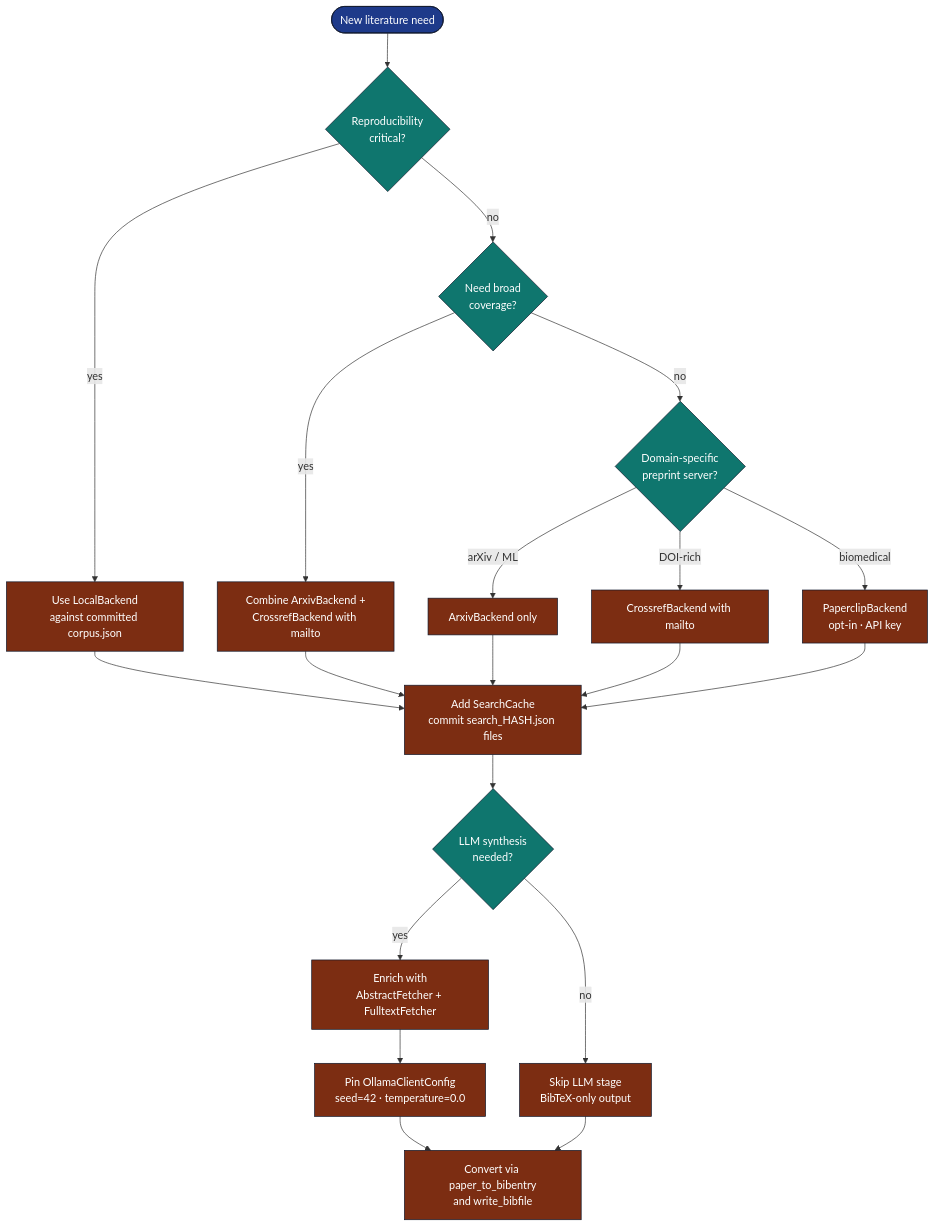
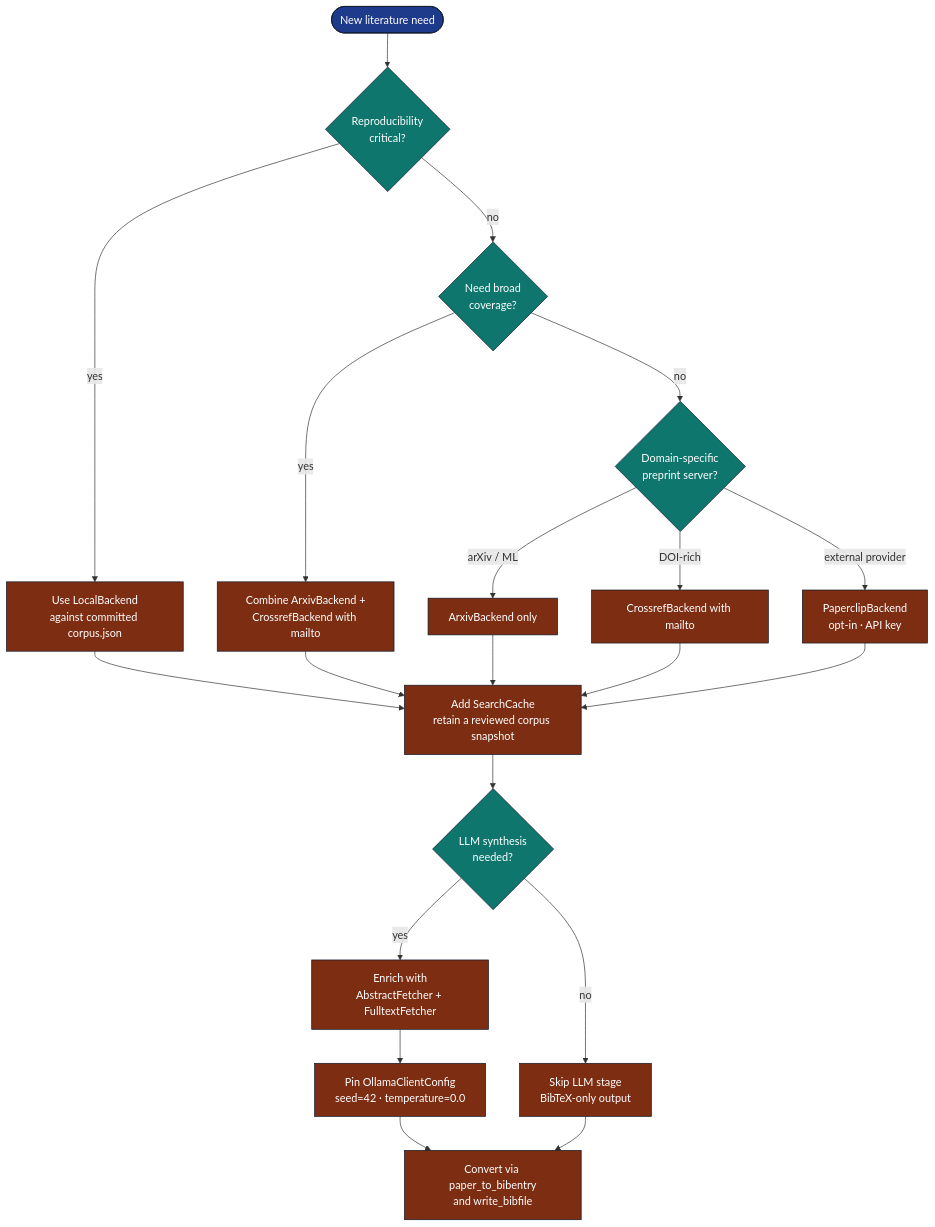
One commit to docxology/template changed the diagram in docs/best-practices/literature-search-best-practices.md. Above: the diagram before and after it, drawn with Mermaid. The commit also changed other lines of this file and 82 other files, not shown here.

````diff
--- a/docs/best-practices/literature-search-best-practices.md
+++ b/docs/best-practices/literature-search-best-practices.md
@@ -8,32 +8,32 @@
 ```mermaid
 flowchart TB
     START([New literature need]) --> Q1{Reproducibility<br/>critical?}
     Q1 -- yes --> LOCAL[Use LocalBackend<br/>against committed corpus.json]
     Q1 -- no --> Q2{Need broad<br/>coverage?}
     Q2 -- yes --> COMBO[Combine ArxivBackend +<br/>CrossrefBackend with mailto]
     Q2 -- no --> Q3{Domain-specific<br/>preprint server?}
     Q3 -- "arXiv / ML" --> AX[ArxivBackend only]
     Q3 -- "DOI-rich" --> CR[CrossrefBackend with mailto]
-    Q3 -- biomedical --> PC[PaperclipBackend<br/>opt-in · API key]
+    Q3 -- external provider --> PC[PaperclipBackend<br/>opt-in · API key]
 
-    LOCAL --> CACHE[Add SearchCache<br/>commit search_HASH.json files]
+    LOCAL --> CACHE[Add SearchCache<br/>retain a reviewed corpus snapshot]
     COMBO --> CACHE
     AX --> CACHE
     CR --> CACHE
     PC --> CACHE
 
     CACHE --> Q4{LLM synthesis<br/>needed?}
     Q4 -- yes --> ENRICH[Enrich with<br/>AbstractFetcher + FulltextFetcher]
     Q4 -- no --> NOLLM[Skip LLM stage<br/>BibTeX-only output]
 
     ENRICH --> SEED[Pin OllamaClientConfig<br/>seed=42 · temperature=0.0]
     SEED --> EXPORT[Convert via paper_to_bibentry<br/>and write_bibfile]
     NOLLM --> EXPORT
 
     classDef start fill:#1e3a8a,stroke:#0f172a,color:#fff
     classDef path fill:#0f766e,stroke:#0f172a,color:#fff
     classDef terminal fill:#7c2d12,stroke:#0f172a,color:#fff
     class START start
     class Q1,Q2,Q3,Q4 path
     class LOCAL,COMBO,AX,CR,PC,CACHE,ENRICH,NOLLM,SEED,EXPORT terminal
 ```
````
